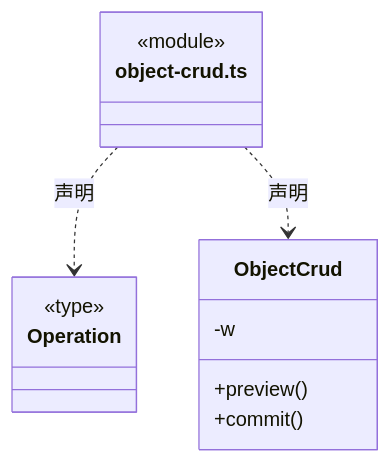
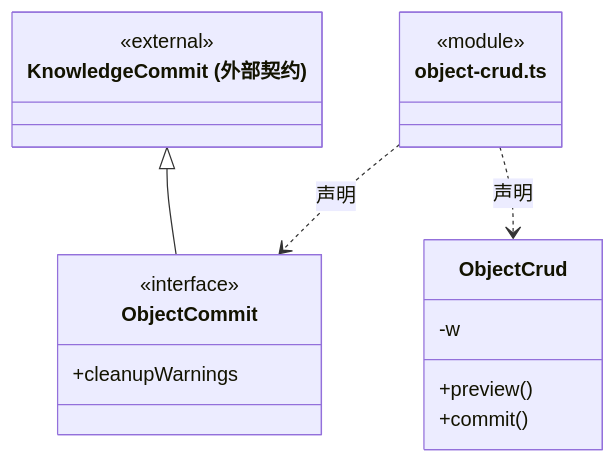
The sixth of 18 diagrams in src/backend/core/knowledge/ARCHITECTURE.md (nan023062/cbim), drawn with Mermaid before and after one commit. The commit also changed other lines of this file and 240 other files, not shown here.

````diff
--- a/src/backend/core/knowledge/ARCHITECTURE.md
+++ b/src/backend/core/knowledge/ARCHITECTURE.md
@@ -85,17 +131,21 @@
 ```mermaid
 classDiagram
 class N_src_backend_core_knowledge_object_crud_ts["object-crud.ts"] {
   <<module>>
 }
-class N_src_backend_core_knowledge_object_crud_ts_Operation["Operation"] {
-  <<type>>
-
+class N_src_backend_core_knowledge_object_crud_ts_ObjectCommit["ObjectCommit"] {
+  <<interface>>
+  +cleanupWarnings
 }
-N_src_backend_core_knowledge_object_crud_ts ..> N_src_backend_core_knowledge_object_crud_ts_Operation : 声明
+N_src_backend_core_knowledge_object_crud_ts ..> N_src_backend_core_knowledge_object_crud_ts_ObjectCommit : 声明
+class N_src_backend_core_knowledge_object_crud_ts_external_KnowledgeCommit["KnowledgeCommit (外部契约)"] {
+  <<external>>
+}
+N_src_backend_core_knowledge_object_crud_ts_external_KnowledgeCommit <|-- N_src_backend_core_knowledge_object_crud_ts_ObjectCommit
 class N_src_backend_core_knowledge_object_crud_ts_ObjectCrud["ObjectCrud"] {
-  -w
   +preview()
   +commit()
+  -w
 }
 N_src_backend_core_knowledge_object_crud_ts ..> N_src_backend_core_knowledge_object_crud_ts_ObjectCrud : 声明
 ```
````
